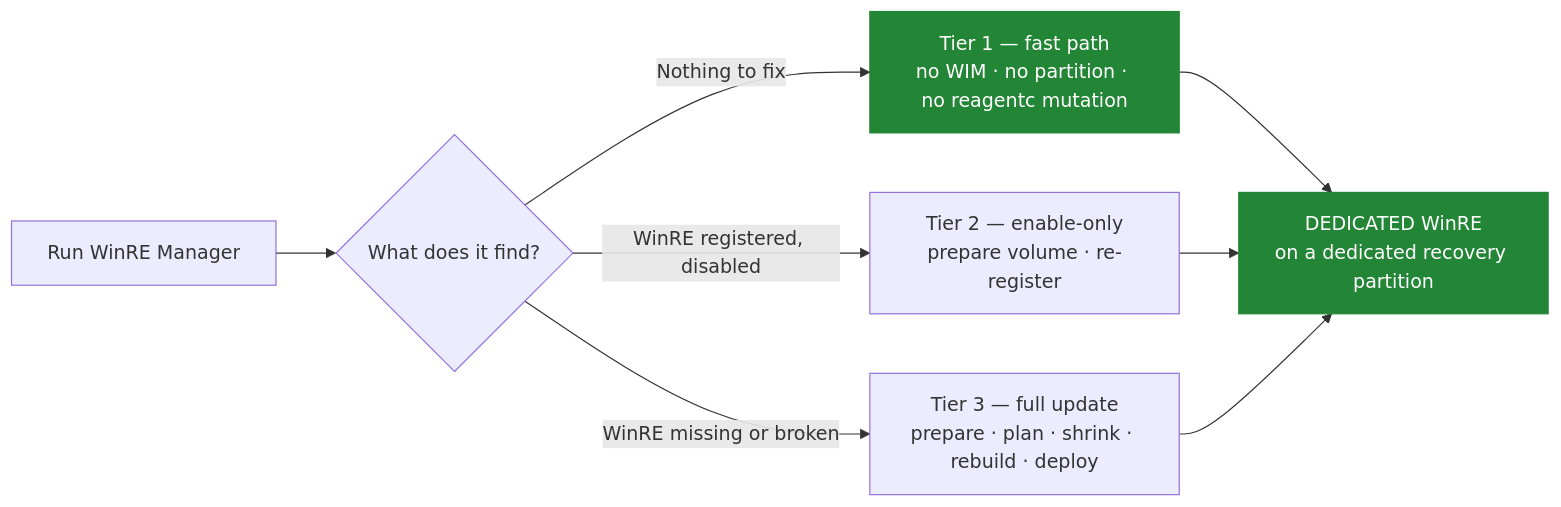
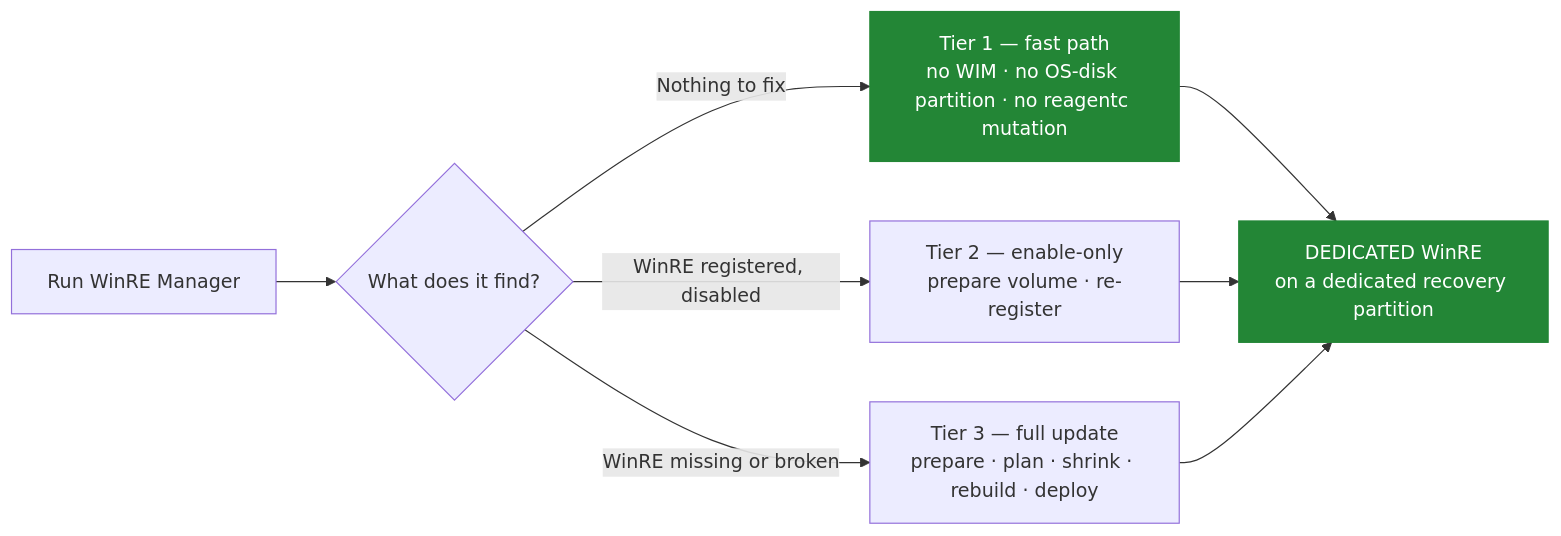
One commit to ArthurJDurand/WinRE-Manager changed the second of 2 diagrams in README.md. Above: the diagram before and after it, drawn with Mermaid. The commit also changed other lines of this file and 16 other files, not shown here.

````diff
--- a/README.md
+++ b/README.md
@@ -146,13 +148,13 @@
 ```mermaid
 flowchart LR
     Start["Run WinRE Manager"] --> Check{"What does it find?"}
-    Check -->|"Nothing to fix"| Fast["Tier 1 — fast path<br/>no WIM · no partition · no reagentc mutation"]
+    Check -->|"Nothing to fix"| Fast["Tier 1 — fast path<br/>no WIM · no OS-disk partition · no reagentc mutation"]
     Check -->|"WinRE registered, disabled"| Enable["Tier 2 — enable-only<br/>prepare volume · re-register"]
     Check -->|"WinRE missing or broken"| Full["Tier 3 — full update<br/>prepare · plan · shrink · rebuild · deploy"]
     Fast --> End["DEDICATED WinRE<br/>on a dedicated recovery partition"]
     Enable --> End
     Full --> End
 
     style Fast fill:#238636,stroke:#238636,color:#fff
     style End fill:#238636,stroke:#238636,color:#fff
 ```
````
